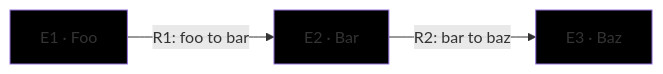
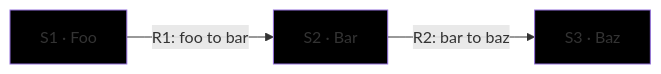
One commit to toejough/engram changed the diagram in dev/testdata/c4/audit_dirty_anchors.md. Above: the diagram before and after it, drawn with Mermaid. The commit also changed other lines of this file and 18 other files, not shown here.

````diff
--- a/dev/testdata/c4/audit_dirty_anchors.md
+++ b/dev/testdata/c4/audit_dirty_anchors.md
@@ -11,20 +11,20 @@
 ```mermaid
 flowchart LR
     classDef person      fill:#000
     classDef external    fill:#000
     classDef container   fill:#000
 
-    a[E1 · Foo]
-    b[E2 · Bar]
-    c[E3 · Baz]
+    a[S1 · Foo]
+    b[S2 · Bar]
+    c[S3 · Baz]
 
     a -->|R1: foo to bar| b
     b -->|R2: bar to baz| c
 
     class a person
     class b container
     class c external
 
     click a href "#nowhere" "Foo"
-    click b href "#e2-bar" "Bar"
+    click b href "#s2-bar" "Bar"
 ```
````
